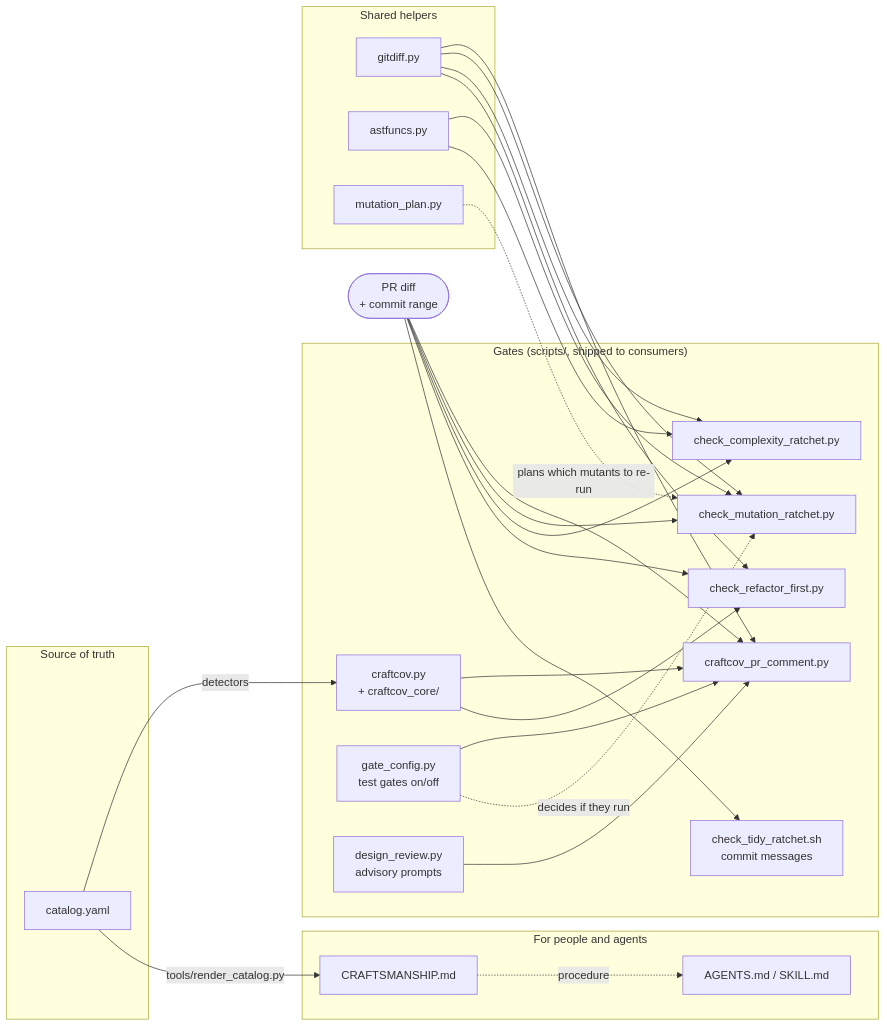
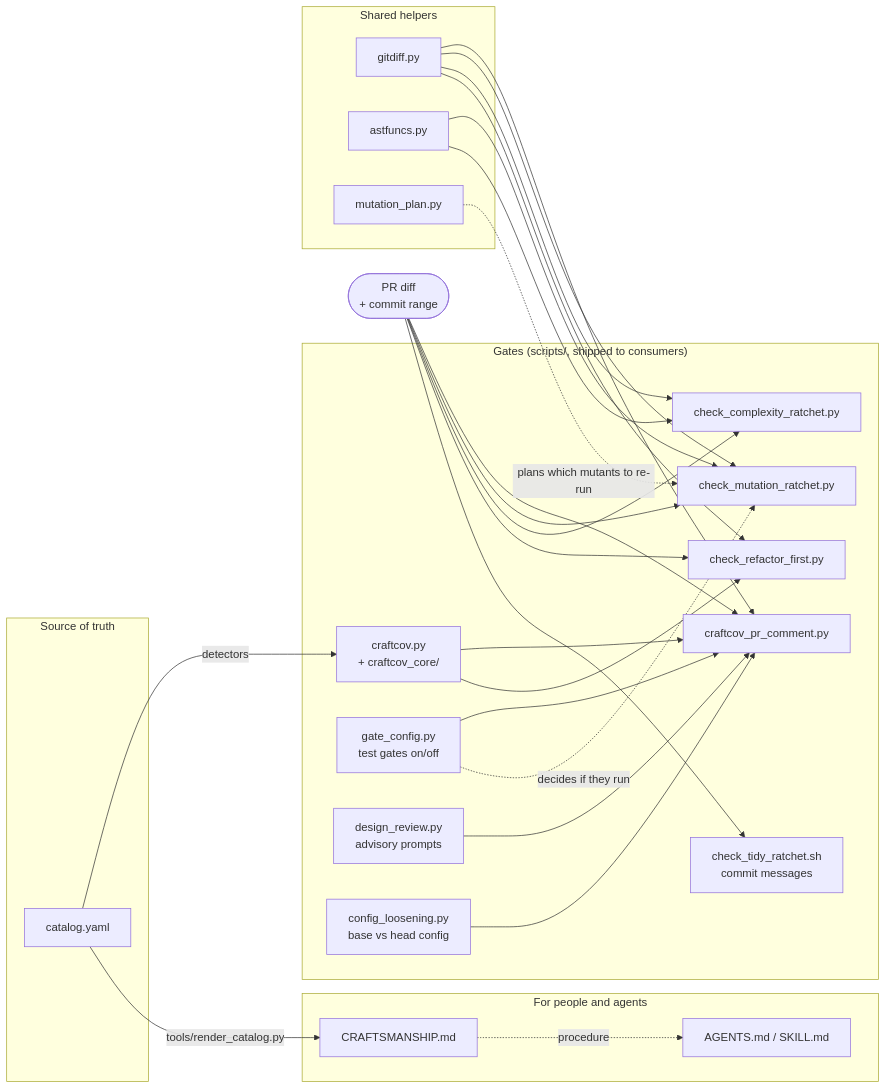
One commit to gbelbe/craft-gate changed the diagram in docs/architecture.md. Above: the diagram before and after it, drawn with Mermaid. The commit also changed 18 other files, not shown here.

````diff
--- a/docs/architecture.md
+++ b/docs/architecture.md
@@ -11,41 +11,43 @@
 ```mermaid
 flowchart LR
     subgraph source["Source of truth"]
         CAT[catalog.yaml]
     end
 
     subgraph docs["For people and agents"]
         CRAFT[CRAFTSMANSHIP.md]
         AGENTS[AGENTS.md / SKILL.md]
     end
 
     subgraph gates["Gates (scripts/, shipped to consumers)"]
         TIDY[check_tidy_ratchet.sh<br/>commit messages]
         CC[craftcov.py<br/>+ craftcov_core/]
         RF[check_refactor_first.py]
         CX[check_complexity_ratchet.py]
         MR[check_mutation_ratchet.py]
         PC[craftcov_pr_comment.py]
         GC[gate_config.py<br/>test gates on/off]
         DR[design_review.py<br/>advisory prompts]
+        CL[config_loosening.py<br/>base vs head config]
     end
 
     subgraph shared["Shared helpers"]
         GD[gitdiff.py]
         AF[astfuncs.py]
         MP[mutation_plan.py]
     end
 
     CAT -- tools/render_catalog.py --> CRAFT
     CAT -- detectors --> CC
     CRAFT -. procedure .-> AGENTS
     CC --> RF
     CC --> PC
     GD --> RF & CX & MR & PC
     AF --> CX & MR
     MP -. plans which mutants to re-run .-> MR
     GC -. decides if they run .-> MR
     GC --> PC
     DR --> PC
+    CL --> PC
     DIFF([PR diff<br/>+ commit range]) --> TIDY & RF & CX & MR & PC
 ```
````
